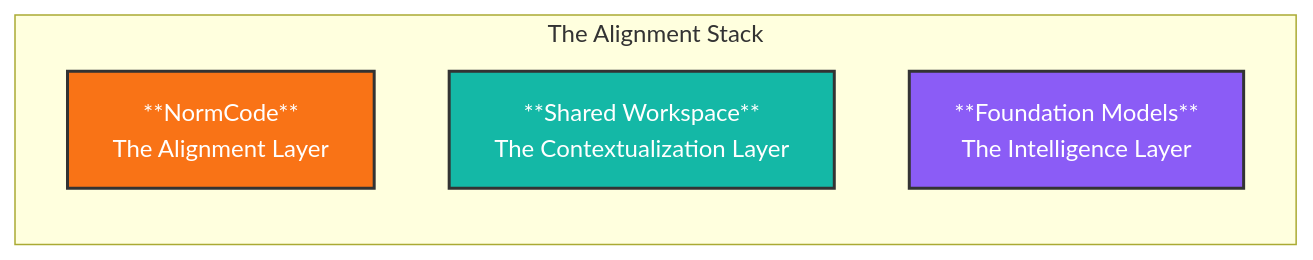
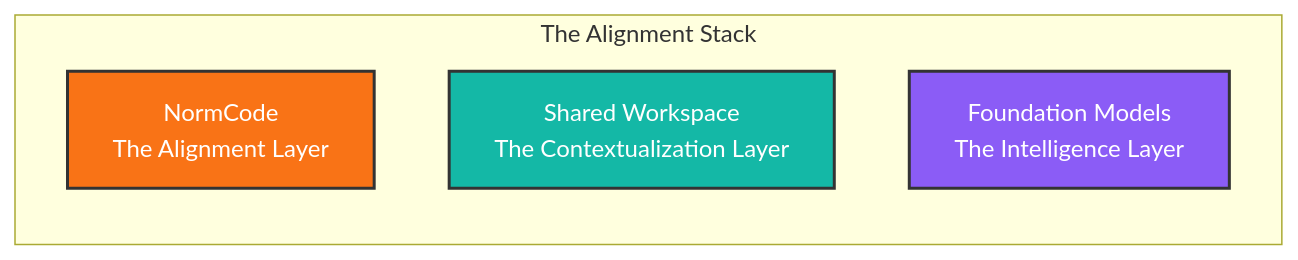
The second of 2 diagrams in README.md (GEOGUANSIN/normCode), drawn with Mermaid before and after one commit. The commit also changed other lines of this file, not shown here.

First line of the commit message:
Update README for improved clarity and consistency in diagrams

````diff
--- a/README.md
+++ b/README.md
@@ -34,13 +34,13 @@
 ```mermaid
 graph TD
     subgraph The Alignment Stack
         direction TB
-        N[**NormCode** <br> The Alignment Layer]
-        W[**Shared Workspace** <br> The Contextualization Layer]
-        F[**Foundation Models** <br> The Intelligence Layer]
+        N["NormCode <br> The Alignment Layer"]
+        W["Shared Workspace <br> The Contextualization Layer"]
+        F["Foundation Models <br> The Intelligence Layer"]
     end
 
     style N fill:#f97316,stroke:#333,stroke-width:2px,color:#fff
     style W fill:#14b8a6,stroke:#333,stroke-width:2px,color:#fff
     style F fill:#8b5cf6,stroke:#333,stroke-width:2px,color:#fff
 ```
````
